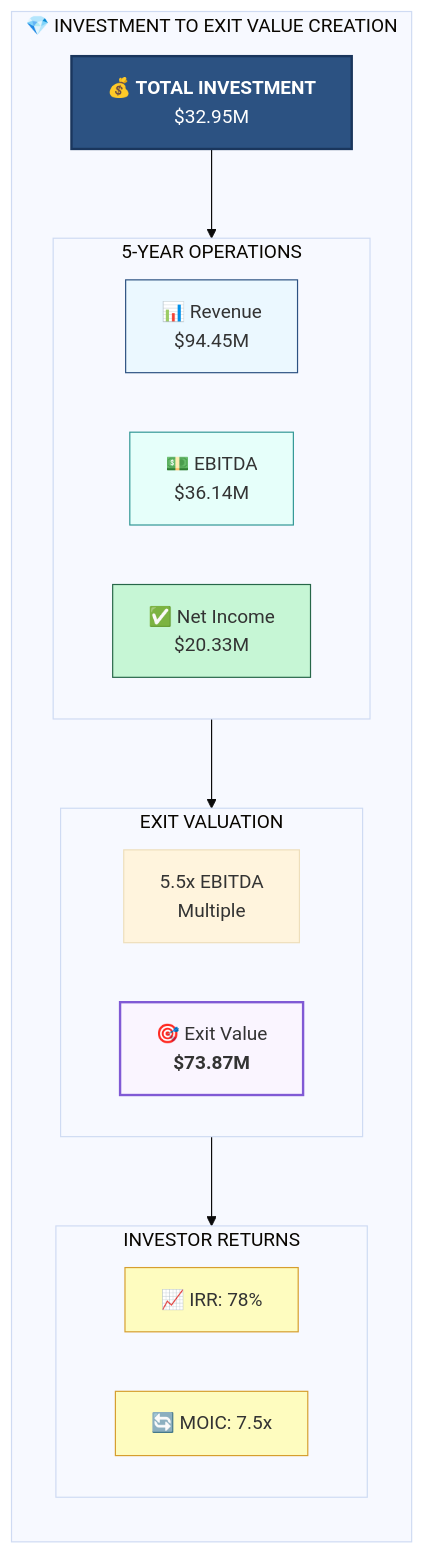
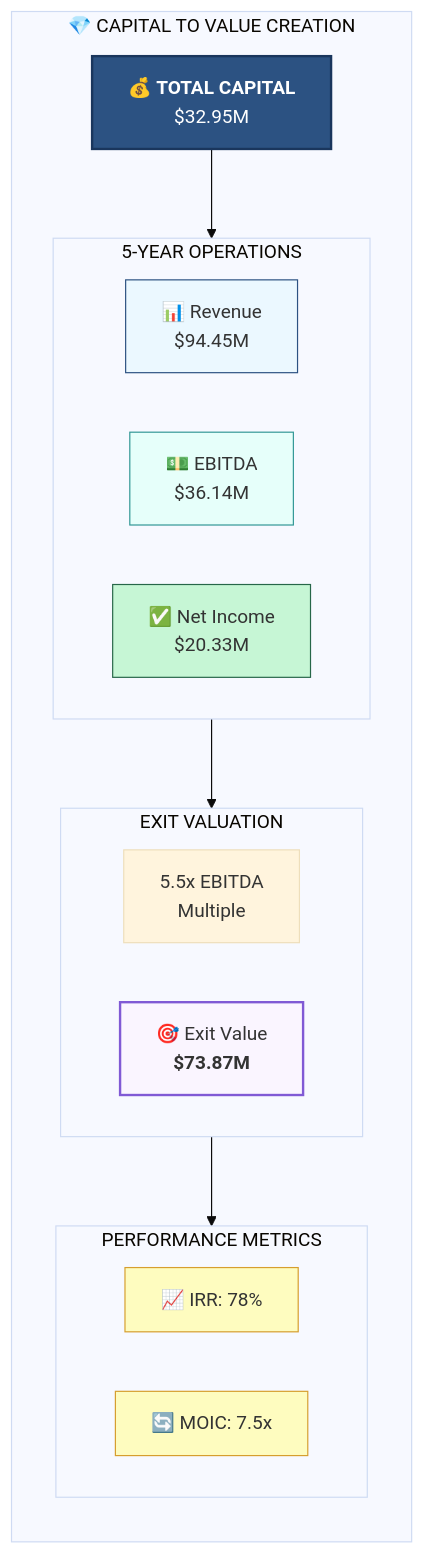
Before and after one commit to Light-Brands/epic-center: diagram 11 of 37 in docs/pitch-packet/AI_VALUATION_REPORT_VISUAL.md, drawn with Mermaid. The commit also changed other lines of this file and 3 other files, not shown here.

````diff
--- a/docs/pitch-packet/AI_VALUATION_REPORT_VISUAL.md
+++ b/docs/pitch-packet/AI_VALUATION_REPORT_VISUAL.md
@@ -489,41 +488,41 @@
 ```mermaid
 %%{init: {'theme': 'base'}}%%
 flowchart TB
-    subgraph RETURNS["💎 INVESTMENT TO EXIT VALUE CREATION"]
+    subgraph RETURNS["💎 CAPITAL TO VALUE CREATION"]
         direction TB
 
-        INV["💰 <b>TOTAL INVESTMENT</b><br/>$32.95M"]
+        INV["💰 <b>TOTAL CAPITAL</b><br/>$32.95M"]
 
         subgraph OPS["5-YEAR OPERATIONS"]
             direction LR
             REV["📊 Revenue<br/>$94.45M"]
             EBITDA["💵 EBITDA<br/>$36.14M"]
             NI["✅ Net Income<br/>$20.33M"]
         end
 
         INV --> OPS
 
         subgraph EXIT["EXIT VALUATION"]
             direction LR
             MULT["5.5x EBITDA<br/>Multiple"]
             EV["🎯 Exit Value<br/><b>$73.87M</b>"]
         end
 
         OPS --> EXIT
 
-        subgraph INVESTOR["INVESTOR RETURNS"]
+        subgraph PERF["PERFORMANCE METRICS"]
             IRR["📈 IRR: 78%"]
             MOIC["🔄 MOIC: 7.5x"]
         end
 
-        EXIT --> INVESTOR
+        EXIT --> PERF
     end
 
     style INV fill:#2c5282,stroke:#1a365d,stroke-width:2px,color:#fff
     style REV fill:#ebf8ff,stroke:#2c5282
     style EBITDA fill:#e6fffa,stroke:#319795
     style NI fill:#c6f6d5,stroke:#276749
     style EV fill:#faf5ff,stroke:#805ad5,stroke-width:2px
     style IRR fill:#fefcbf,stroke:#d69e2e
     style MOIC fill:#fefcbf,stroke:#d69e2e
 ```
````
